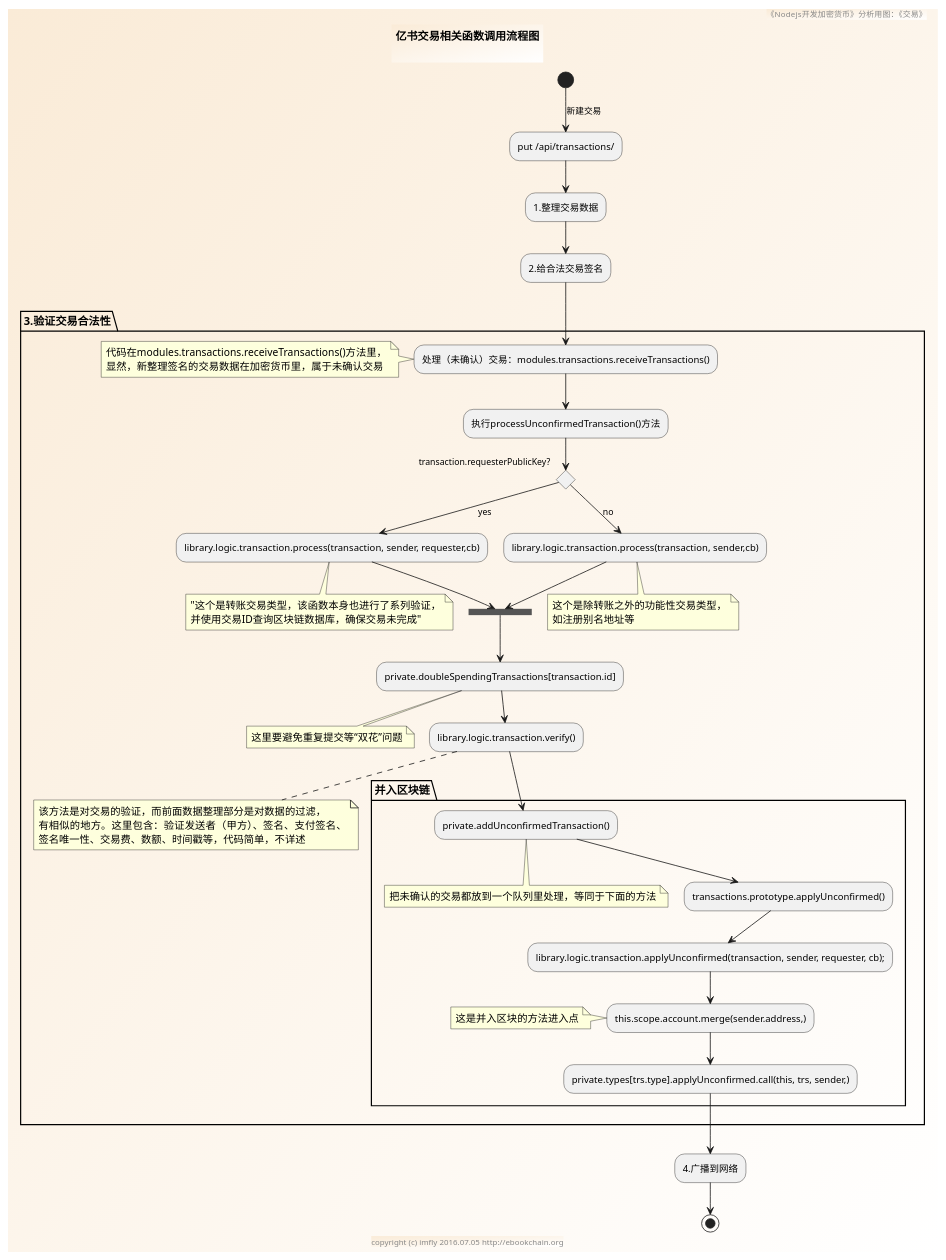
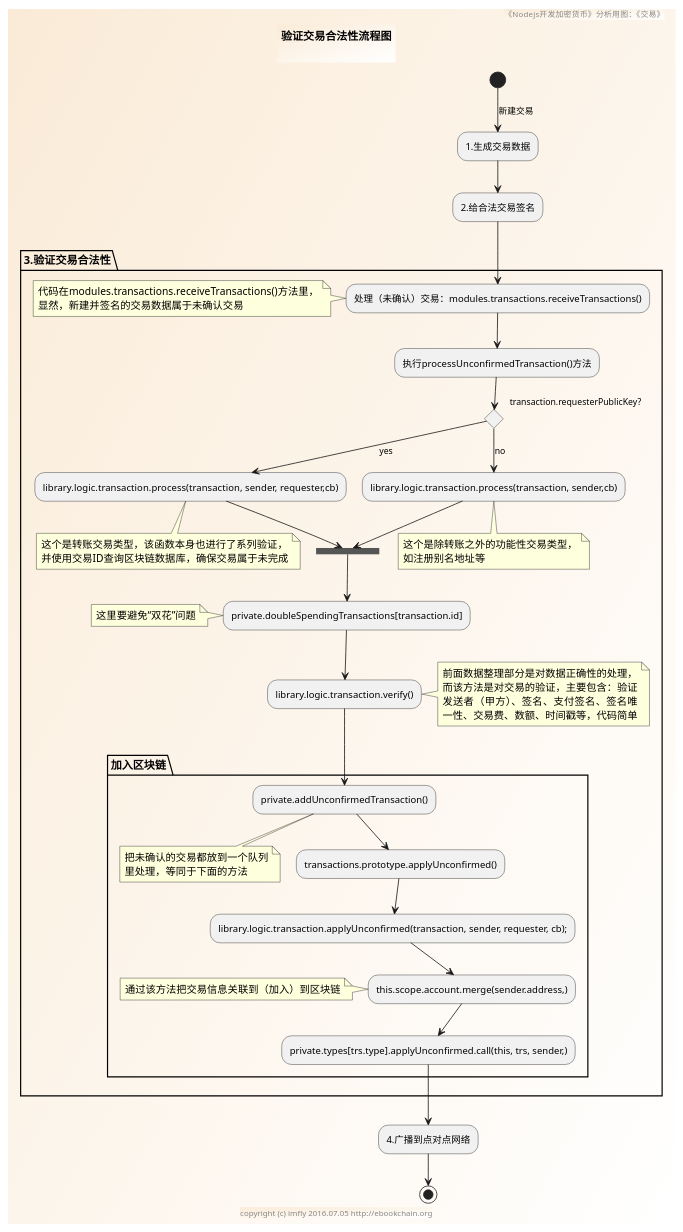
Before and after one commit to brightmanforever022/bitcoin-on-nodejs: the diagram in sources/modules/transactions/verifyTransaction.pu, drawn with PlantUML. The commit also changed 8 other files, not shown here.

```diff
--- a/sources/modules/transactions/verifyTransaction.pu
+++ b/sources/modules/transactions/verifyTransaction.pu
@@ -1,76 +1,76 @@
 @startuml ../../../styles/images/modules/transactions/verifyTransaction-activity.png
 skinparam BorderColor #blue\9932CC
 skinparam backgroundcolor AntiqueWhite/white
 
 title
-亿书交易相关函数调用流程图
+验证交易合法性流程图
 
 end title
 
 footer copyright (c) imfly 2016.07.05 http://ebookchain.org
 header 《Nodejs开发加密货币》分析用图：《交易》
 
 ' shared.addTransactions()代码逻辑
 
-(*)--> [新建交易] "put /api/transactions/"
-
---> "1.整理交易数据"
+(*)--> [新建交易] "1.生成交易数据"
 --> "2.给合法交易签名"
 
 ' modules.transactions.receiveTransactions()逻辑
 partition "3.验证交易合法性" {
   --> "处理（未确认）交易：modules.transactions.receiveTransactions()" as receiveTransactions
   note left
   代码在modules.transactions.receiveTransactions()方法里，
-  显然，新整理签名的交易数据在加密货币里，属于未确认交易
+  显然，新建并签名的交易数据属于未确认交易
   end note
 
   --> "执行processUnconfirmedTransaction()方法"
   if transaction.requesterPublicKey? then
     --> [yes] library.logic.transaction.process(transaction, sender, requester,cb)
     note bottom
-    "这个是转账交易类型，该函数本身也进行了系列验证，
-    并使用交易ID查询区块链数据库，确保交易未完成"
+    这个是转账交易类型，该函数本身也进行了系列验证，
+    并使用交易ID查询区块链数据库，确保交易属于未完成
     end note
 
     --> ==verify==
   else
     --> [no] library.logic.transaction.process(transaction, sender,cb)
     note bottom
     这个是除转账之外的功能性交易类型，
     如注册别名地址等
     end note
 
     --> ==verify==
   endif
 
   --> private.doubleSpendingTransactions[transaction.id]
-  note bottom
-  这里要避免重复提交等“双花”问题
+  note left
+  这里要避免“双花”问题
   end note
 
   --> library.logic.transaction.verify()
-  note bottom
-  该方法是对交易的验证，而前面数据整理部分是对数据的过滤，
-  有相似的地方。这里包含：验证发送者（甲方）、签名、支付签名、
-  签名唯一性、交易费、数额、时间戳等，代码简单，不详述
+  note right
+  前面数据整理部分是对数据正确性的处理，
+  而该方法是对交易的验证，主要包含：验证
+  发送者（甲方）、签名、支付签名、签名唯
+  一性、交易费、数额、时间戳等，代码简单
   end note
 
-  partition "并入区块链" {
+  partition "加入区块链" {
     --> private.addUnconfirmedTransaction()
     note bottom
-    把未确认的交易都放到一个队列里处理，等同于下面的方法
+    把未确认的交易都放到一个队列
+    里处理，等同于下面的方法
     end note
 
     --> transactions.prototype.applyUnconfirmed()
     --> library.logic.transaction.applyUnconfirmed(transaction, sender, requester, cb);
     --> this.scope.account.merge(sender.address,)
-    note left: 这是并入区块的方法进入点
+    note left: 通过该方法把交易信息关联到（加入）到区块链
     --> private.types[trs.type].applyUnconfirmed.call(this, trs, sender,)
   }
 }
 
---> "4.广播到网络"
+--> "4.广播到点对点网络"
 
 --> (*)
 @enduml
```
